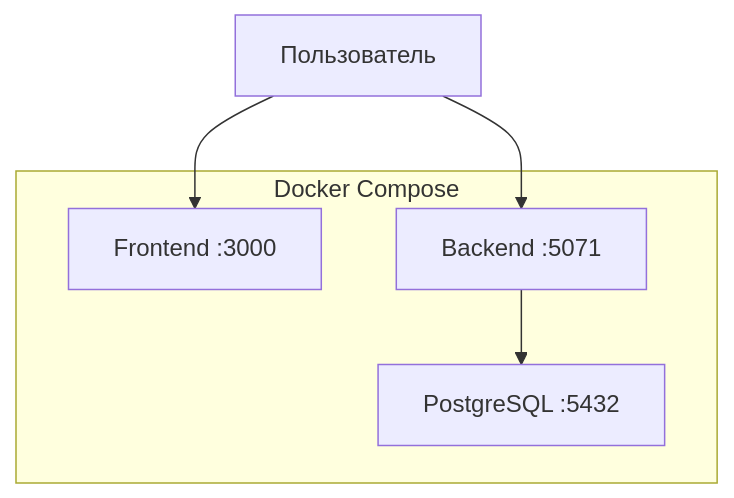
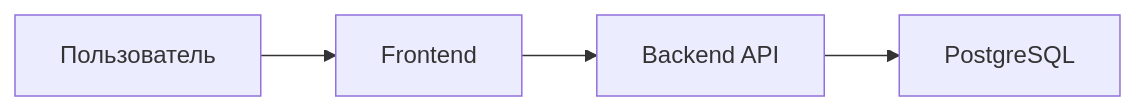
Before and after one commit to noexabwuy/praktika_tz: the diagram in docs/architecture.md, drawn with Mermaid. The commit also changed other lines of this file and 6 other files, not shown here.

````diff
--- a/docs/architecture.md
+++ b/docs/architecture.md
@@ -17,14 +13,11 @@
 ```mermaid
-graph TB
+graph LR
     User["Пользователь"]
+    Frontend["Frontend"]
+    Backend["Backend API"]
+    Database["PostgreSQL"]
 
-    subgraph "Docker Compose"
-        FE["Frontend :3000"]
-        BE["Backend :5071"]
-        DB["PostgreSQL :5432"]
-    end
-
-    User --> FE
-    User --> BE
-    BE --> DB
+    User --> Frontend
+    Frontend --> Backend
+    Backend --> Database
 ```
````
